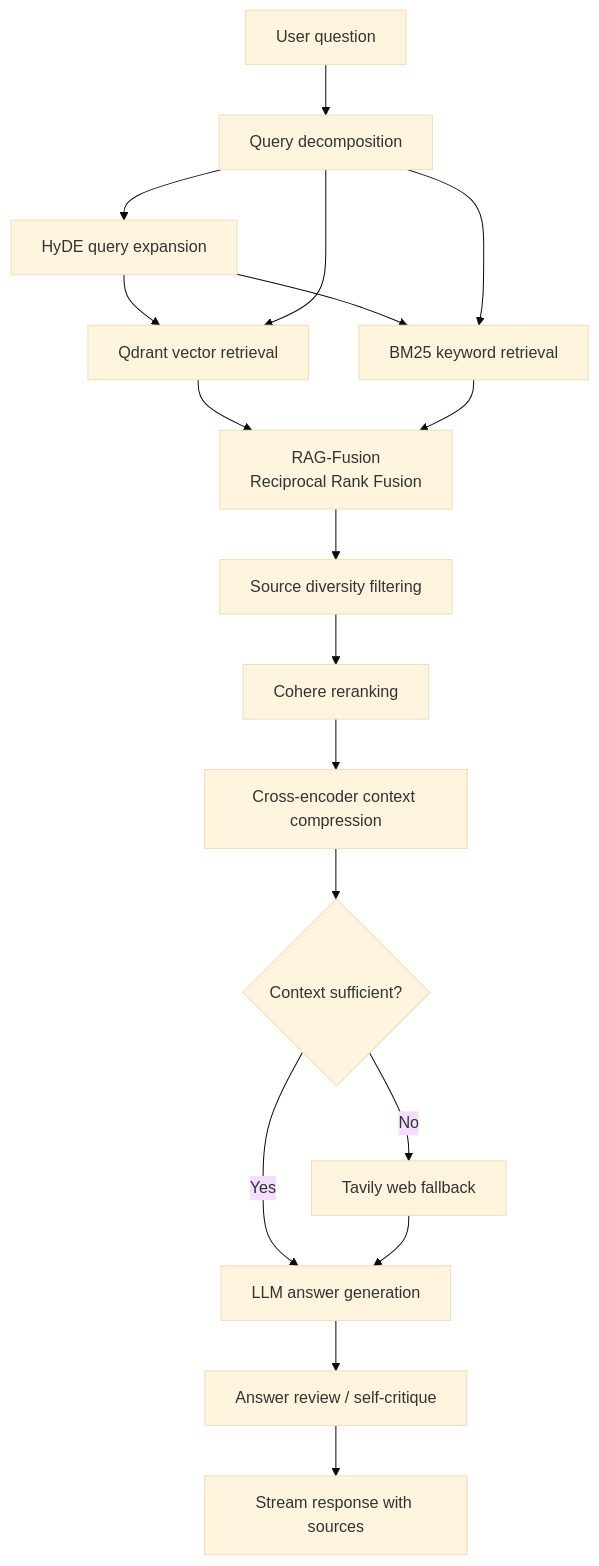
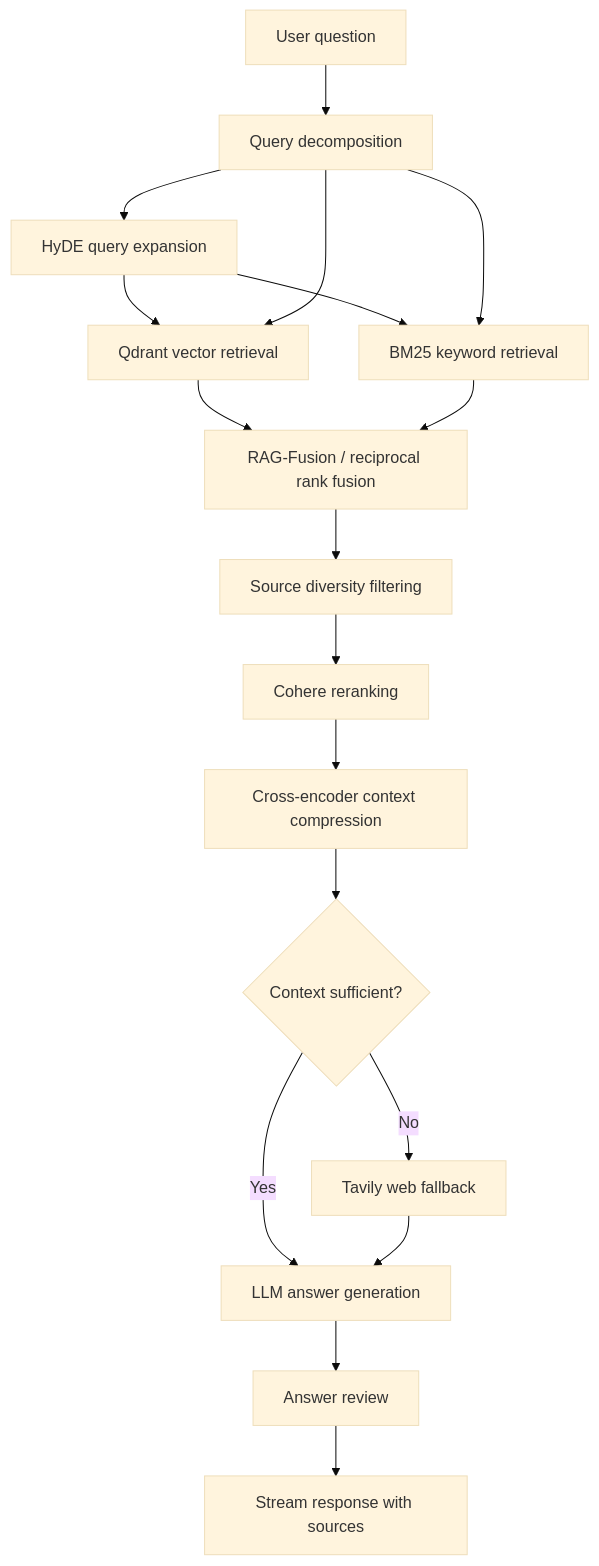
Before and after one commit to Mannn2105/Advanced-Rag-Pipeline-: the diagram in README.md, drawn with Mermaid (base theme). The commit also changed other lines of this file, not shown here.

````diff
--- a/README.md
+++ b/README.md
@@ -44,20 +42,20 @@
 ```mermaid
 flowchart TD
     A[User question] --> B[Query decomposition]
     B --> C[HyDE query expansion]
     C --> D1[Qdrant vector retrieval]
     C --> D2[BM25 keyword retrieval]
     B --> D1
     B --> D2
-    D1 --> E[RAG-Fusion<br/>Reciprocal Rank Fusion]
+    D1 --> E[RAG-Fusion / reciprocal rank fusion]
     D2 --> E
     E --> F[Source diversity filtering]
     F --> G[Cohere reranking]
     G --> H[Cross-encoder context compression]
     H --> I{Context sufficient?}
     I -- Yes --> J[LLM answer generation]
     I -- No --> K[Tavily web fallback]
     K --> J
-    J --> L[Answer review / self-critique]
+    J --> L[Answer review]
     L --> M[Stream response with sources]
 ```
````
